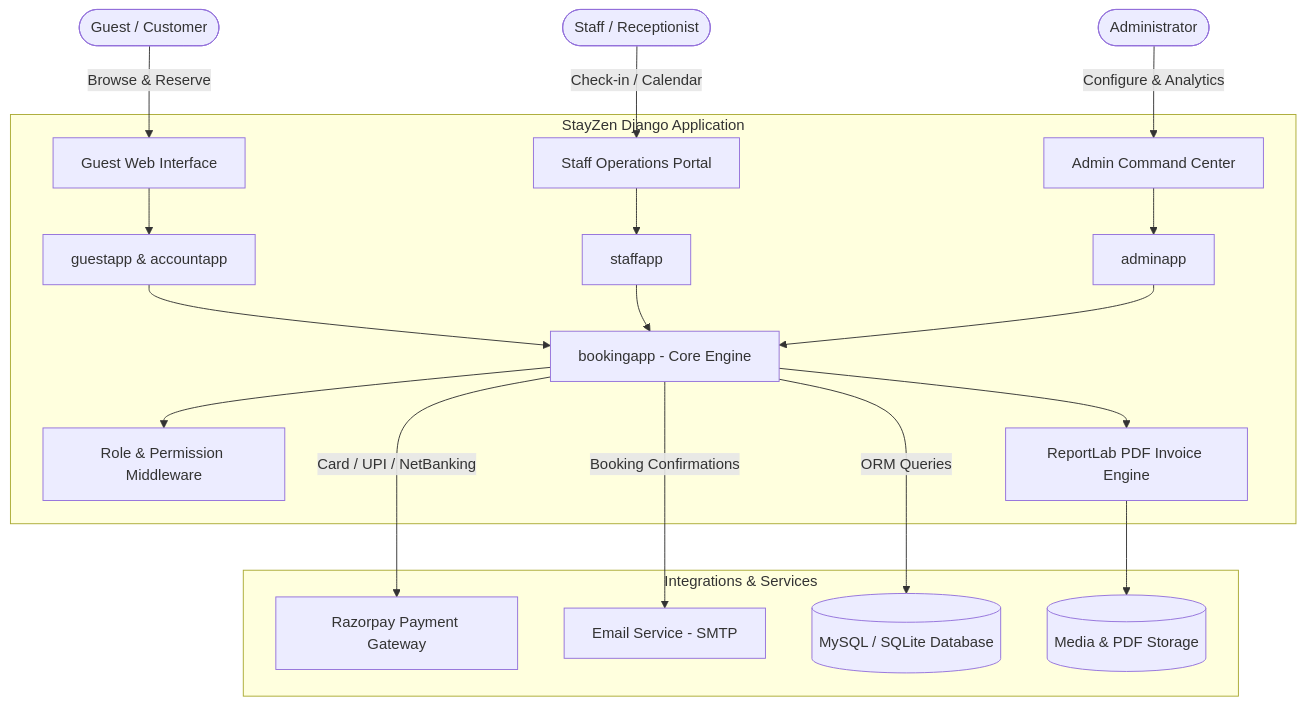
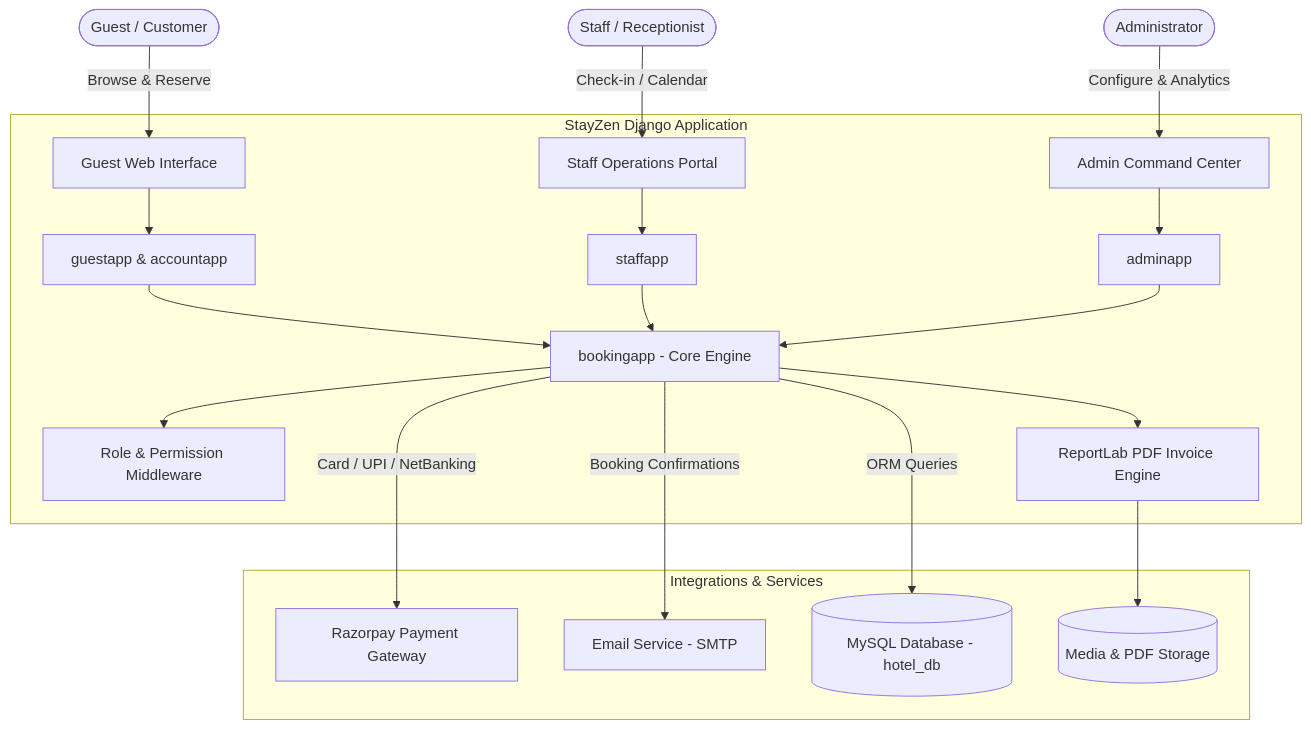
The first of 4 diagrams in README.md (Gouri4666/stayzen), drawn with Mermaid before and after one commit. The commit also changed other lines of this file and 2 other files, not shown here.

Commit message:
Update documentation and database configuration to MySQL only

````diff
--- a/README.md
+++ b/README.md
@@ -88,26 +86,26 @@
 ```mermaid
 graph TD
     User([Guest / Customer]) -->|Browse & Reserve| WebUI[Guest Web Interface]
     StaffUser([Staff / Receptionist]) -->|Check-in / Calendar| StaffUI[Staff Operations Portal]
     AdminUser([Administrator]) -->|Configure & Analytics| AdminUI[Admin Command Center]
 
     subgraph StayZen Django Application
         WebUI --> GuestApp[guestapp & accountapp]
         StaffUI --> StaffApp[staffapp]
         AdminUI --> AdminApp[adminapp]
 
         GuestApp --> BookingApp[bookingapp - Core Engine]
         StaffApp --> BookingApp
         AdminApp --> BookingApp
 
         BookingApp --> RBAC[Role & Permission Middleware]
         BookingApp --> InvGen[ReportLab PDF Invoice Engine]
     end
 
     subgraph Integrations & Services
         BookingApp -->|Card / UPI / NetBanking| Razorpay[Razorpay Payment Gateway]
         BookingApp -->|Booking Confirmations| SMTP[Email Service - SMTP]
-        BookingApp -->|ORM Queries| DB[(MySQL / SQLite Database)]
+        BookingApp -->|ORM Queries| DB[(MySQL Database - hotel_db)]
         InvGen --> Media[(Media & PDF Storage)]
     end
 ```
````
